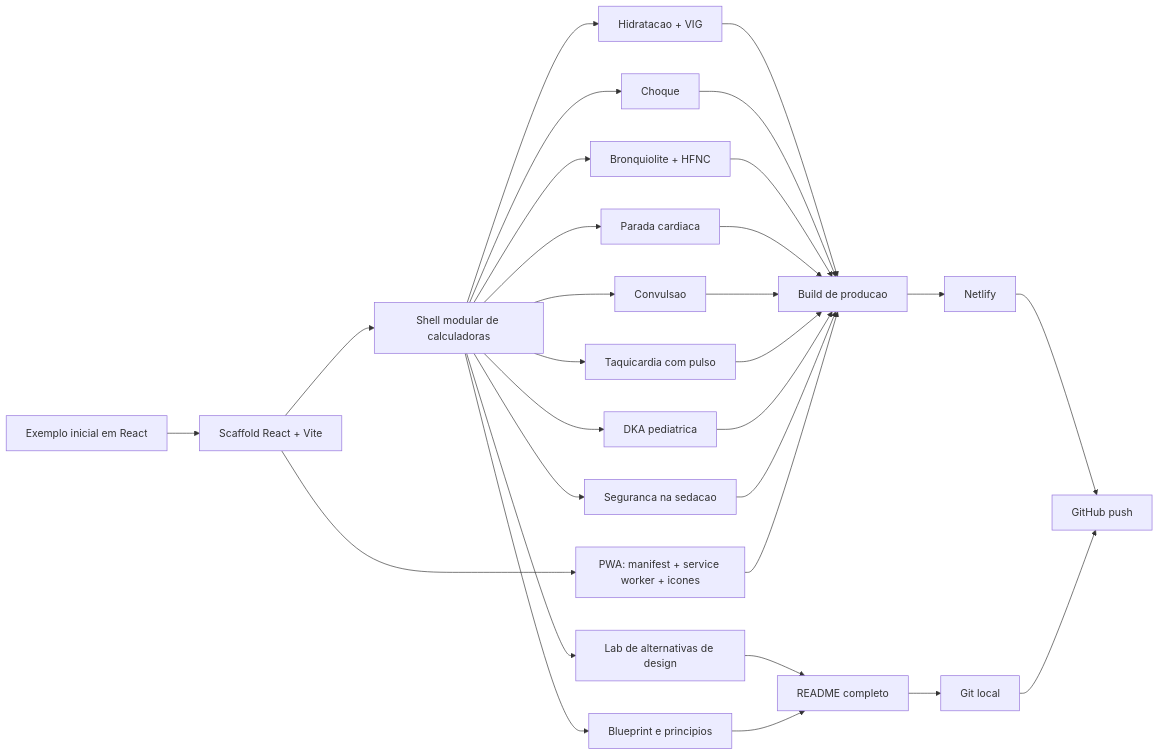
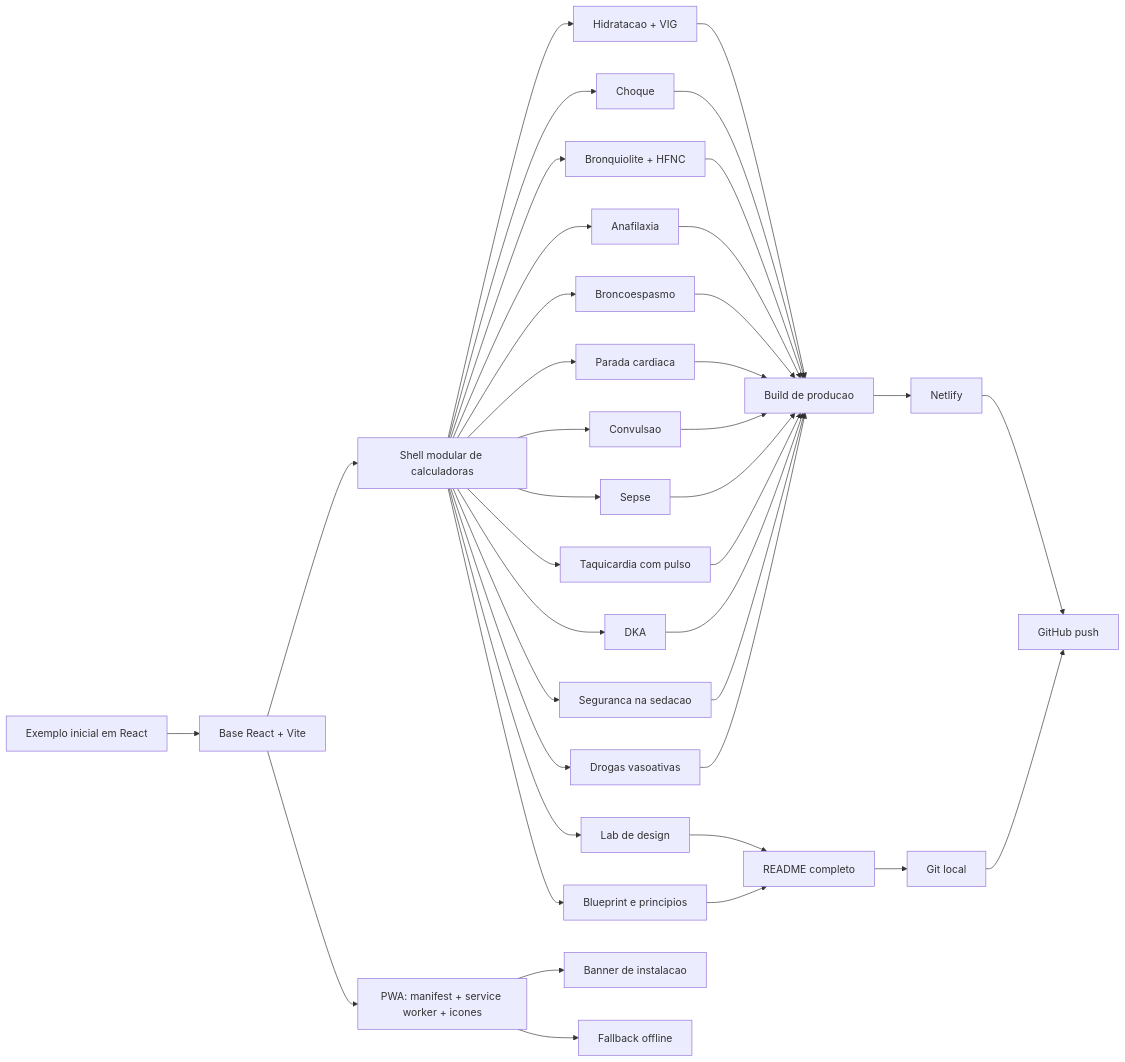
The diagram in README.md (diogene5/gemini_codex_calculadoras), drawn with Mermaid before and after one commit. The commit also changed other lines of this file and 10 other files, not shown here.

Commit message:
feat: add install banner offline mode and new emergency modules

````diff
--- a/README.md
+++ b/README.md
@@ -152,31 +168,40 @@
 ```mermaid
 flowchart LR
-  A["Exemplo inicial em React"] --> B["Scaffold React + Vite"]
+  A["Exemplo inicial em React"] --> B["Base React + Vite"]
   B --> C["Shell modular de calculadoras"]
   C --> D["Hidratacao + VIG"]
   C --> E["Choque"]
   C --> F["Bronquiolite + HFNC"]
-  C --> G["Parada cardiaca"]
-  C --> H["Convulsao"]
-  C --> I["Taquicardia com pulso"]
-  C --> J["DKA pediatrica"]
-  C --> K["Seguranca na sedacao"]
-  C --> L["Lab de alternativas de design"]
-  C --> M["Blueprint e principios"]
-  B --> N["PWA: manifest + service worker + icones"]
-  D --> O["Build de producao"]
-  E --> O
-  F --> O
-  G --> O
-  H --> O
-  I --> O
-  J --> O
-  K --> O
-  L --> P["README completo"]
-  M --> P
-  N --> O
-  O --> Q["Netlify"]
-  P --> R["Git local"]
-  Q --> S["GitHub push"]
-  R --> S
+  C --> G["Anafilaxia"]
+  C --> H["Broncoespasmo"]
+  C --> I["Parada cardiaca"]
+  C --> J["Convulsao"]
+  C --> K["Sepse"]
+  C --> L["Taquicardia com pulso"]
+  C --> M["DKA"]
+  C --> N["Seguranca na sedacao"]
+  C --> O["Drogas vasoativas"]
+  C --> P["Lab de design"]
+  C --> Q["Blueprint e principios"]
+  B --> R["PWA: manifest + service worker + icones"]
+  R --> S["Banner de instalacao"]
+  R --> T["Fallback offline"]
+  D --> U["Build de producao"]
+  E --> U
+  F --> U
+  G --> U
+  H --> U
+  I --> U
+  J --> U
+  K --> U
+  L --> U
+  M --> U
+  N --> U
+  O --> U
+  P --> V["README completo"]
+  Q --> V
+  U --> W["Netlify"]
+  V --> X["Git local"]
+  W --> Y["GitHub push"]
+  X --> Y
 ```
````
